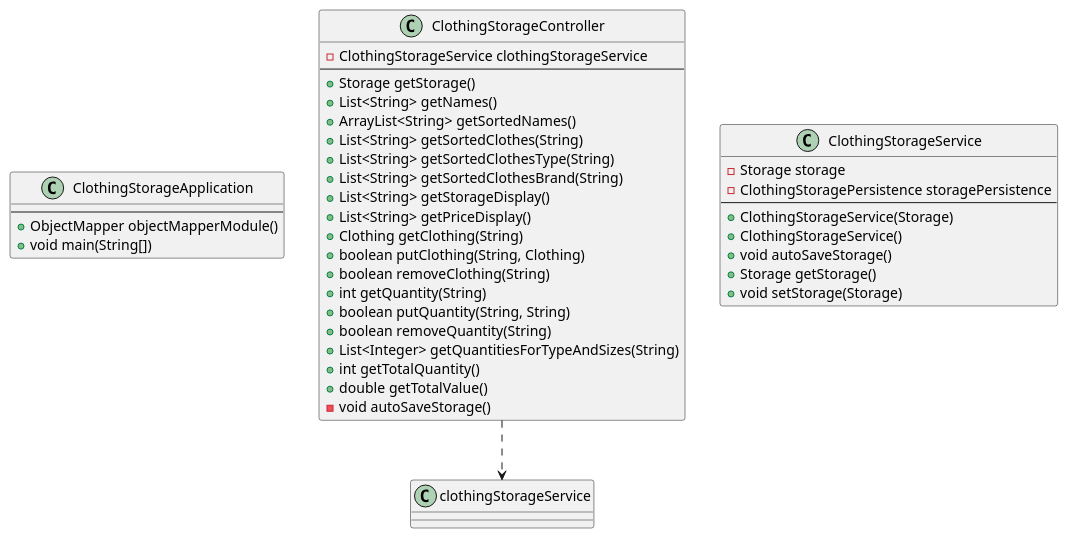
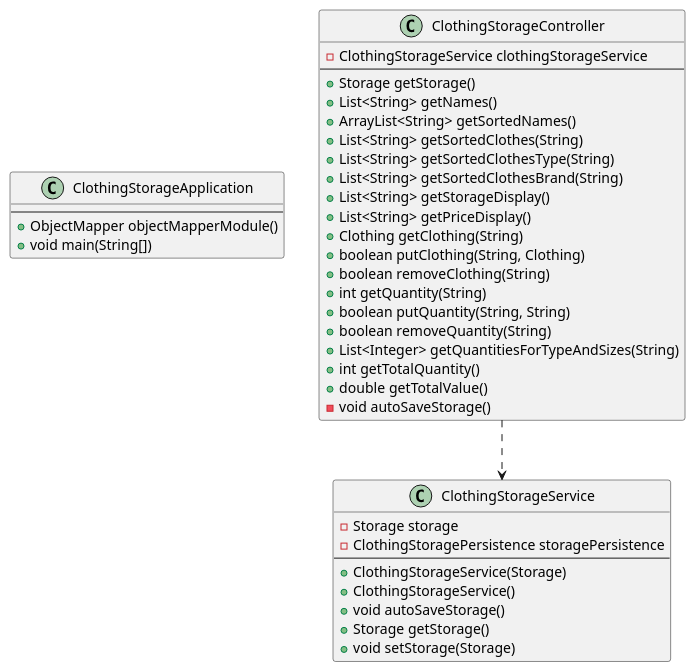
One commit to olejacobmellgren/clothingStorage changed the diagram in docs/release3/diagrams/restserverClassDiagram.puml. Above: the diagram before and after it, drawn with PlantUML. The commit also changed 3 other files, not shown here.

First line of the commit message:
#39 Small changes to the class diagrams

```diff
--- a/docs/release3/diagrams/restserverClassDiagram.puml
+++ b/docs/release3/diagrams/restserverClassDiagram.puml
@@ -1,48 +1,48 @@
 @startuml restserver  
 
 class ClothingStorageApplication
 {
     --
     +ObjectMapper objectMapperModule()
     +void main(String[])
 }
 
 class ClothingStorageController
 {
     -ClothingStorageService clothingStorageService
     --
     +Storage getStorage()
     +List<String> getNames()
     +ArrayList<String> getSortedNames()
     +List<String> getSortedClothes(String)
     +List<String> getSortedClothesType(String)
     +List<String> getSortedClothesBrand(String)
     +List<String> getStorageDisplay()
     +List<String> getPriceDisplay()
     +Clothing getClothing(String)
     +boolean putClothing(String, Clothing)
     +boolean removeClothing(String)
     +int getQuantity(String)
     +boolean putQuantity(String, String)
     +boolean removeQuantity(String)
     +List<Integer> getQuantitiesForTypeAndSizes(String)
     +int getTotalQuantity()
     +double getTotalValue()
     -void autoSaveStorage()
 }
 
 class ClothingStorageService
 {
     -Storage storage
     -ClothingStoragePersistence storagePersistence
     --
     +ClothingStorageService(Storage)
     +ClothingStorageService()
     +void autoSaveStorage()
     +Storage getStorage()
     +void setStorage(Storage)
 }
 
-ClothingStorageController ..> clothingStorageService
+ClothingStorageController ..> ClothingStorageService
 
 @enduml
```
